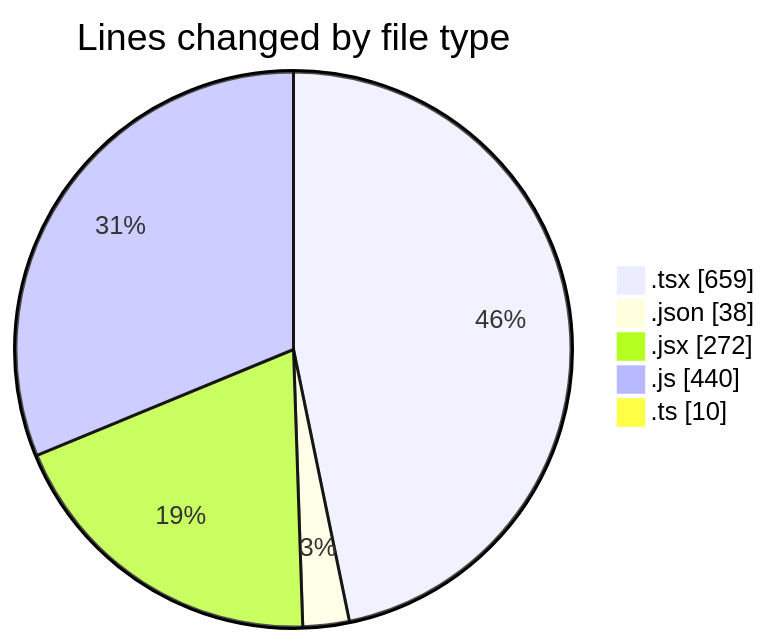
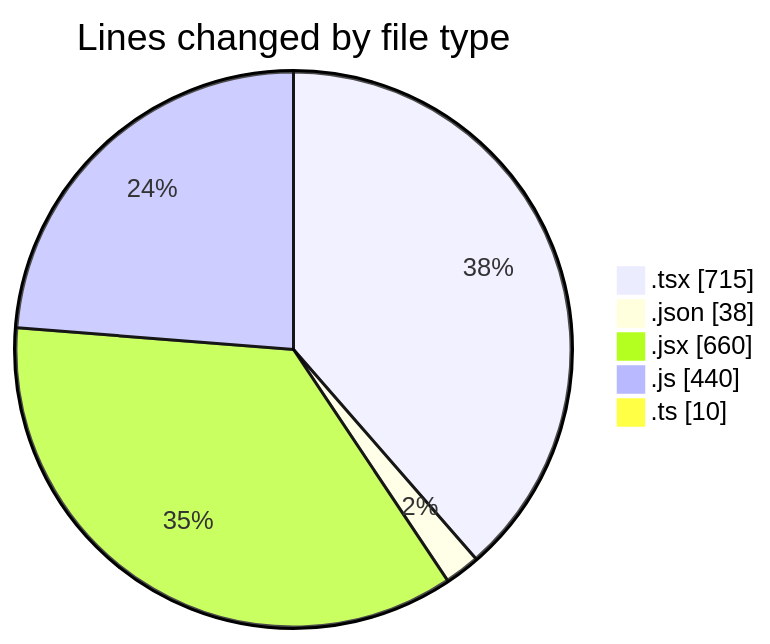
The first of 2 diagrams in 2025-05-27/ecom_store/README.md (Elitesun/code-tracking), drawn with Mermaid before and after one commit. The commit also changed other lines of this file and 1 other file, not shown here.

````diff
--- a/2025-05-27/ecom_store/README.md
+++ b/2025-05-27/ecom_store/README.md
@@ -33,9 +37,9 @@
 ```mermaid
 pie showData
 title Lines changed by file type
-".tsx" : 659
+".tsx" : 715
 ".json" : 38
-".jsx" : 272
+".jsx" : 660
 ".js" : 440
 ".ts" : 10
 ```
````
